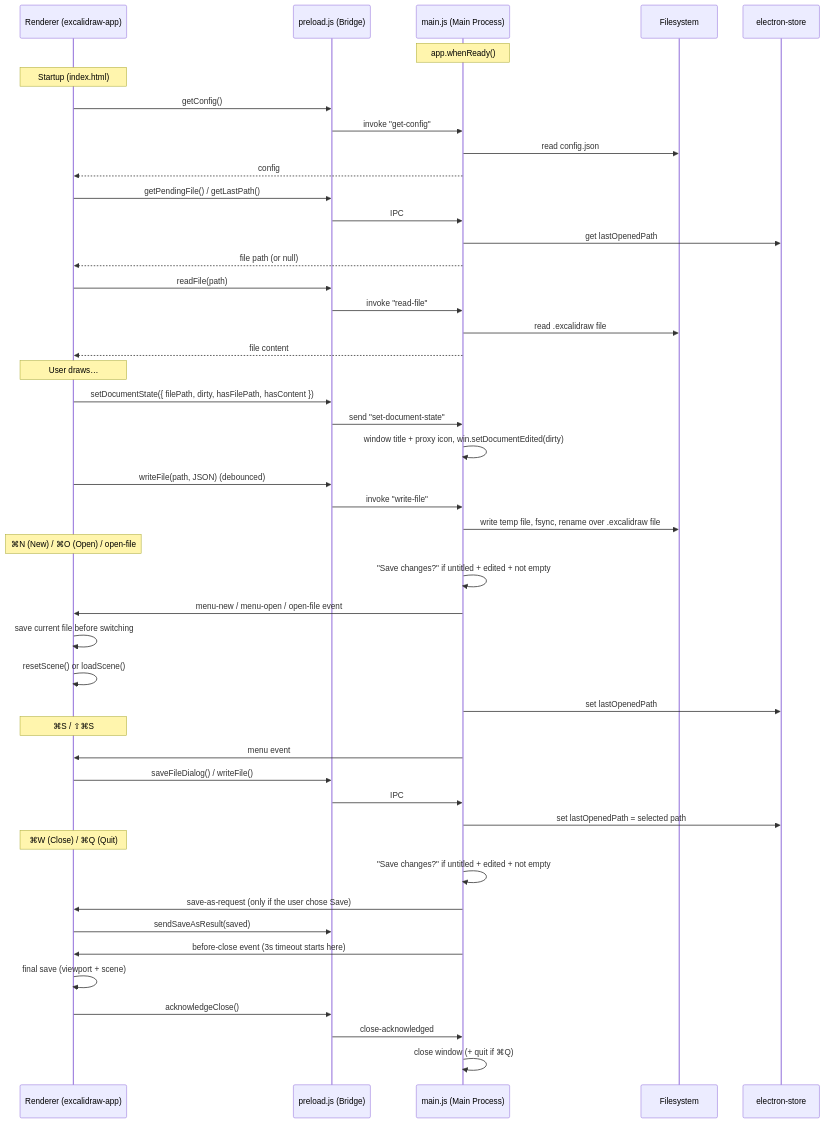
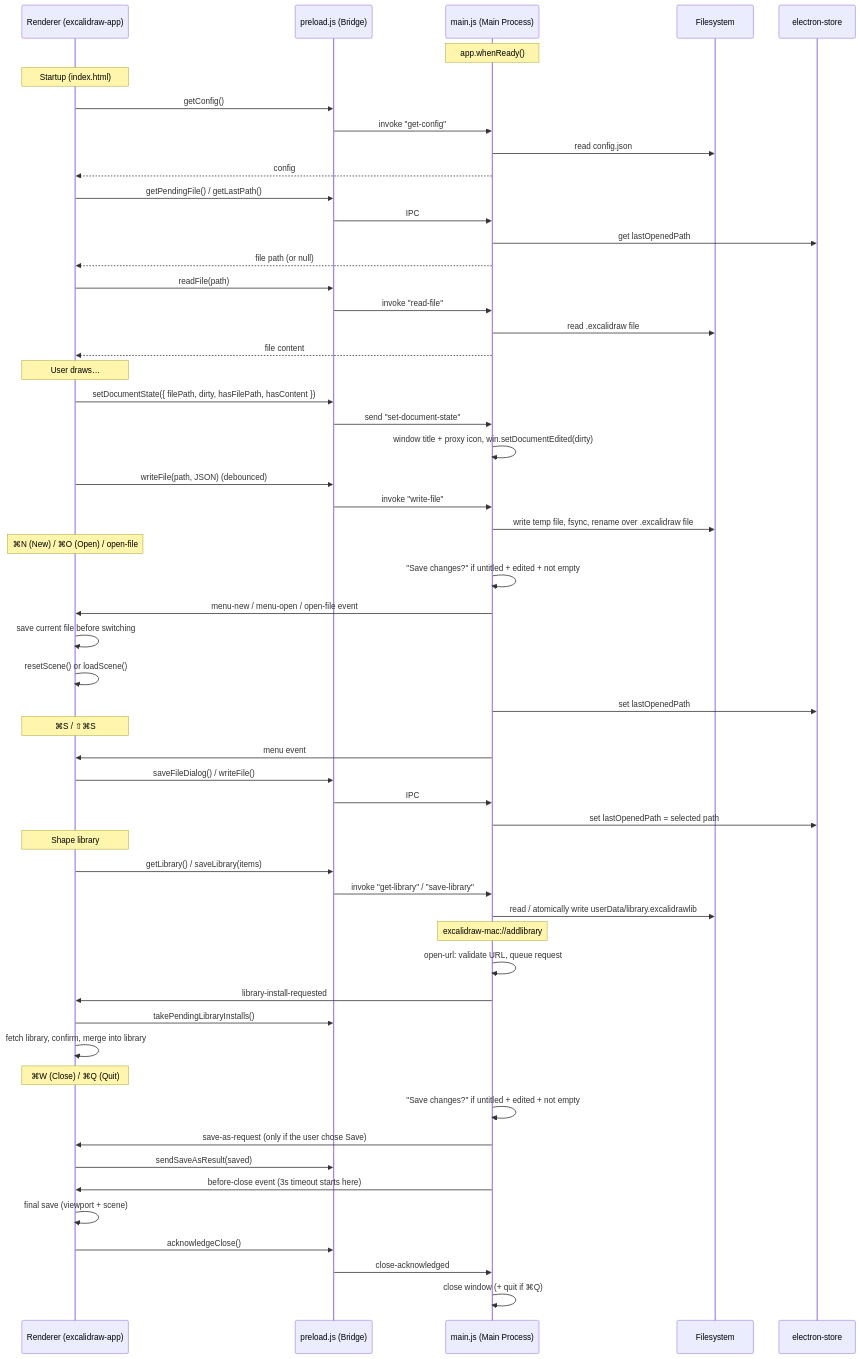
Before and after one commit to gerkoh/excalidraw-mac: the diagram in README.md, drawn with Mermaid. The commit also changed other lines of this file and 18 other files, not shown here.

First line of the commit message:
Persist the shape library and install libraries from libraries.excalidraw.com (#60)

````diff
--- a/README.md
+++ b/README.md
@@ -40,58 +40,69 @@
 ```mermaid
 sequenceDiagram
     participant App as Renderer (excalidraw-app)
     participant Preload as preload.js (Bridge)
     participant Main as main.js (Main Process)
     participant FS as Filesystem
     participant Store as electron-store
 
     Note over Main: app.whenReady()
 
     Note over App: Startup (index.html)
     App->>Preload: getConfig()
     Preload->>Main: invoke "get-config"
     Main->>FS: read config.json
     Main-->>App: config
 
     App->>Preload: getPendingFile() / getLastPath()
     Preload->>Main: IPC
     Main->>Store: get lastOpenedPath
     Main-->>App: file path (or null)
 
     App->>Preload: readFile(path)
     Preload->>Main: invoke "read-file"
     Main->>FS: read .excalidraw file
     Main-->>App: file content
 
     Note over App: User draws…
     App->>Preload: setDocumentState({ filePath, dirty, hasFilePath, hasContent })
     Preload->>Main: send "set-document-state"
     Main->>Main: window title + proxy icon, win.setDocumentEdited(dirty)
     App->>Preload: writeFile(path, JSON) (debounced)
     Preload->>Main: invoke "write-file"
     Main->>FS: write temp file, fsync, rename over .excalidraw file
 
     Note over App: ⌘N (New) / ⌘O (Open) / open-file
     Main->>Main: "Save changes?" if untitled + edited + not empty
     Main->>App: menu-new / menu-open / open-file event
     App->>App: save current file before switching
     App->>App: resetScene() or loadScene()
     Main->>Store: set lastOpenedPath
 
     Note over App: ⌘S / ⇧⌘S
     Main->>App: menu event
     App->>Preload: saveFileDialog() / writeFile()
     Preload->>Main: IPC
     Main->>Store: set lastOpenedPath = selected path
 
+    Note over App: Shape library
+    App->>Preload: getLibrary() / saveLibrary(items)
+    Preload->>Main: invoke "get-library" / "save-library"
+    Main->>FS: read / atomically write userData/library.excalidrawlib
+
+    Note over Main: excalidraw-mac://addlibrary#addLibrary=…
+    Main->>Main: open-url: validate URL, queue request
+    Main->>App: library-install-requested
+    App->>Preload: takePendingLibraryInstalls()
+    App->>App: fetch library, confirm, merge into library
+
     Note over App: ⌘W (Close) / ⌘Q (Quit)
     Main->>Main: "Save changes?" if untitled + edited + not empty
     Main->>App: save-as-request (only if the user chose Save)
     App->>Preload: sendSaveAsResult(saved)
     Main->>App: before-close event (3s timeout starts here)
     App->>App: final save (viewport + scene)
     App->>Preload: acknowledgeClose()
     Preload->>Main: close-acknowledged
     Main->>Main: close window (+ quit if ⌘Q)
 
 ```
````
